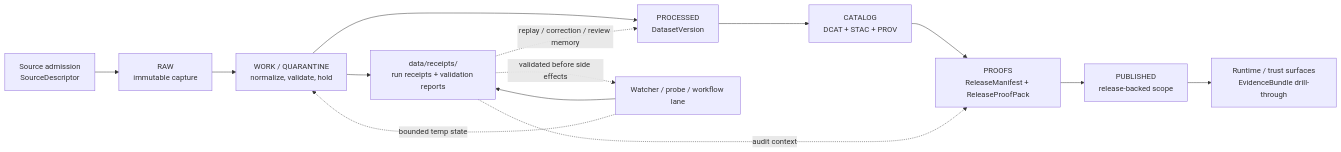
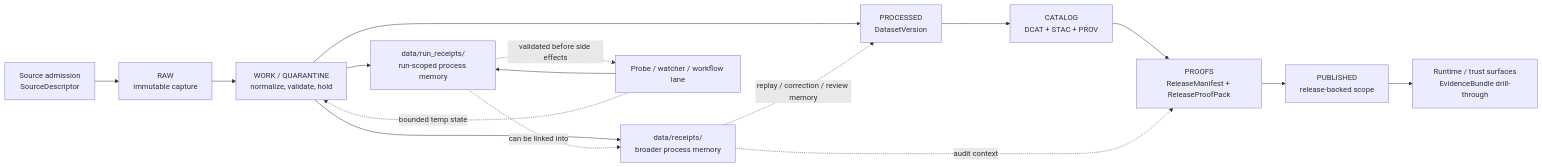
One commit to bartytime4life/Kansas-Frontier-Matrix changed the diagram in data/receipts/README.md. Above: the diagram before and after it, drawn with Mermaid. The commit also changed other lines of this file, not shown here.

````diff
--- a/data/receipts/README.md
+++ b/data/receipts/README.md
@@ -407,17 +461,19 @@
 ```mermaid
 flowchart LR
     A[Source admission<br/>SourceDescriptor] --> B[RAW<br/>immutable capture]
     B --> C[WORK / QUARANTINE<br/>normalize, validate, hold]
-    C --> D[data/receipts/<br/>run receipts + validation reports]
+    C --> D[data/receipts/<br/>broader process memory]
+    C --> DR[data/run_receipts/<br/>run-scoped process memory]
     C --> E[PROCESSED<br/>DatasetVersion]
     E --> F[CATALOG<br/>DCAT + STAC + PROV]
     F --> G[PROOFS<br/>ReleaseManifest + ReleaseProofPack]
     G --> H[PUBLISHED<br/>release-backed scope]
     H --> I[Runtime / trust surfaces<br/>EvidenceBundle drill-through]
 
-    J[Watcher / probe / workflow lane] --> D
+    J[Probe / watcher / workflow lane] --> DR
     J -. bounded temp state .-> C
+    DR -. can be linked into .-> D
     D -. replay / correction / review memory .-> E
     D -. audit context .-> G
-    D -. validated before side effects .-> J
+    DR -. validated before side effects .-> J
 ```
````
